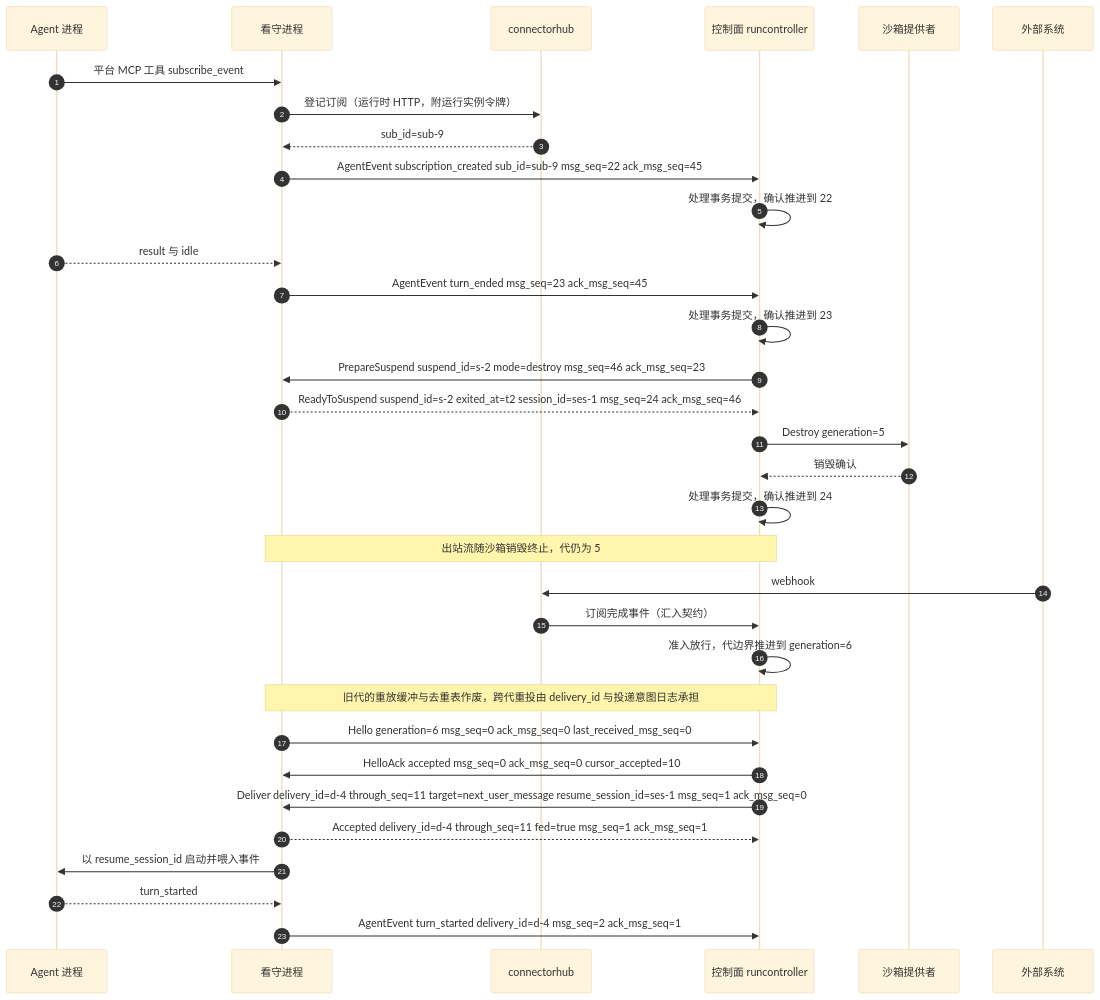
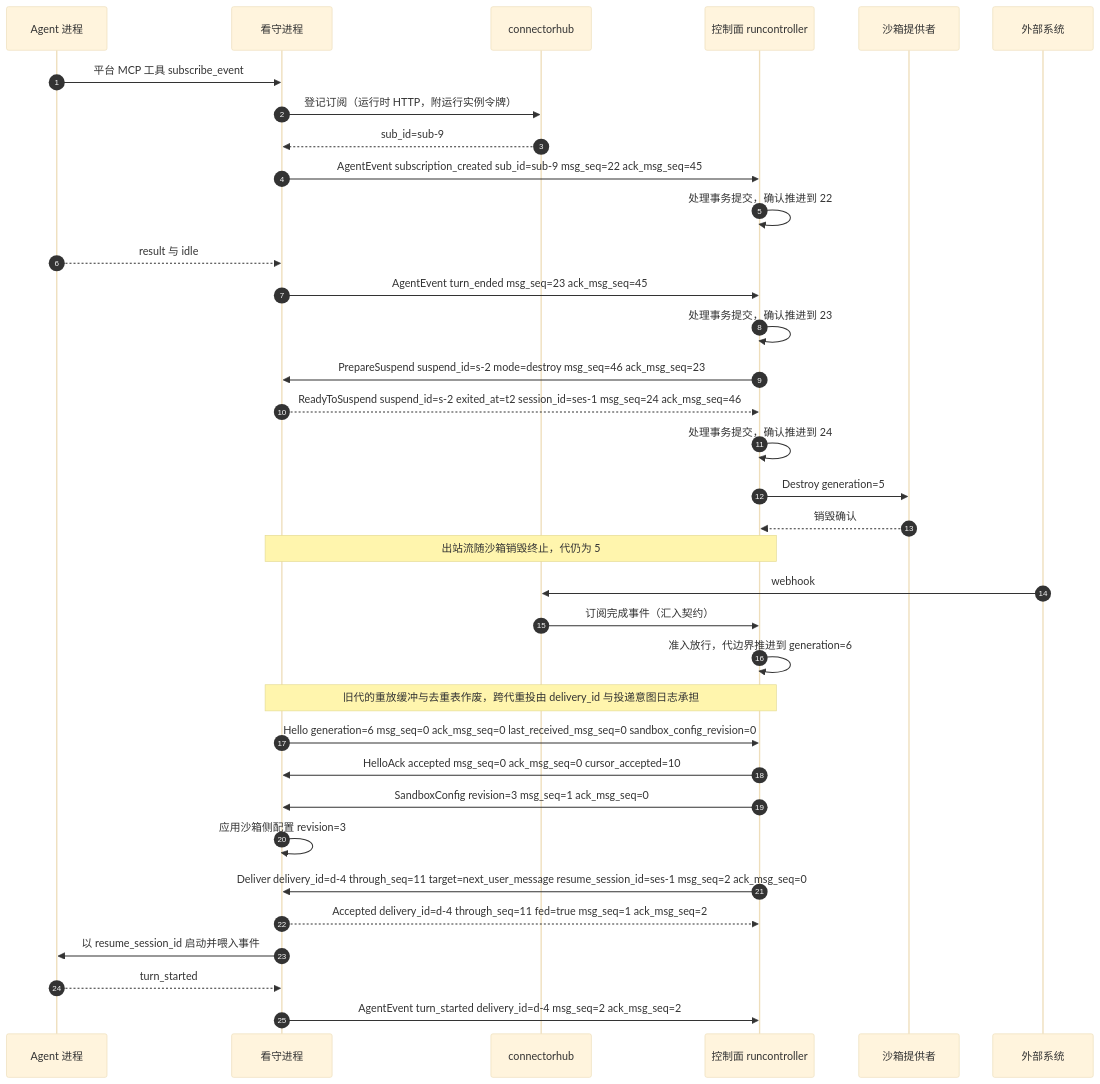
The fourth of 6 diagrams in docs/design/modules/design-agentprotocol.md (wangzw/castworks), drawn with Mermaid (base theme) before and after one commit. The commit also changed other lines of this file and 37 other files, not shown here.

````diff
--- a/docs/design/modules/design-agentprotocol.md
+++ b/docs/design/modules/design-agentprotocol.md
@@ -388,35 +391,37 @@
 ```mermaid
 sequenceDiagram
     autonumber
     participant A as Agent 进程
     participant W as 看守进程
     participant C as connectorhub
     participant R as 控制面 runcontroller
     participant P as 沙箱提供者
     participant X as 外部系统
     A->>W: 平台 MCP 工具 subscribe_event
     W->>C: 登记订阅（运行时 HTTP，附运行实例令牌）
     C-->>W: sub_id=sub-9
     W->>R: AgentEvent subscription_created sub_id=sub-9 msg_seq=22 ack_msg_seq=45
     R->>R: 处理事务提交，确认推进到 22
     A-->>W: result 与 idle
     W->>R: AgentEvent turn_ended msg_seq=23 ack_msg_seq=45
     R->>R: 处理事务提交，确认推进到 23
     R->>W: PrepareSuspend suspend_id=s-2 mode=destroy msg_seq=46 ack_msg_seq=23
     W-->>R: ReadyToSuspend suspend_id=s-2 exited_at=t2 session_id=ses-1 msg_seq=24 ack_msg_seq=46
+    R->>R: 处理事务提交，确认推进到 24
     R->>P: Destroy generation=5
     P-->>R: 销毁确认
-    R->>R: 处理事务提交，确认推进到 24
     Note over W,R: 出站流随沙箱销毁终止，代仍为 5
     X->>C: webhook
     C->>R: 订阅完成事件（汇入契约）
     R->>R: 准入放行，代边界推进到 generation=6
     Note over W,R: 旧代的重放缓冲与去重表作废，跨代重投由 delivery_id 与投递意图日志承担
-    W->>R: Hello generation=6 msg_seq=0 ack_msg_seq=0 last_received_msg_seq=0
+    W->>R: Hello generation=6 msg_seq=0 ack_msg_seq=0 last_received_msg_seq=0 sandbox_config_revision=0
     R->>W: HelloAck accepted msg_seq=0 ack_msg_seq=0 cursor_accepted=10
-    R->>W: Deliver delivery_id=d-4 through_seq=11 target=next_user_message resume_session_id=ses-1 msg_seq=1 ack_msg_seq=0
-    W-->>R: Accepted delivery_id=d-4 through_seq=11 fed=true msg_seq=1 ack_msg_seq=1
+    R->>W: SandboxConfig revision=3 msg_seq=1 ack_msg_seq=0
+    W->>W: 应用沙箱侧配置 revision=3
+    R->>W: Deliver delivery_id=d-4 through_seq=11 target=next_user_message resume_session_id=ses-1 msg_seq=2 ack_msg_seq=0
+    W-->>R: Accepted delivery_id=d-4 through_seq=11 fed=true msg_seq=1 ack_msg_seq=2
     W->>A: 以 resume_session_id 启动并喂入事件
     A-->>W: turn_started
-    W->>R: AgentEvent turn_started delivery_id=d-4 msg_seq=2 ack_msg_seq=1
+    W->>R: AgentEvent turn_started delivery_id=d-4 msg_seq=2 ack_msg_seq=2
 ```
````
